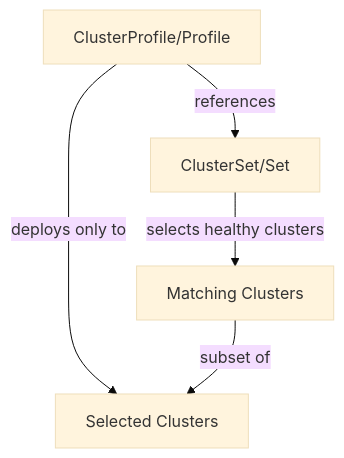
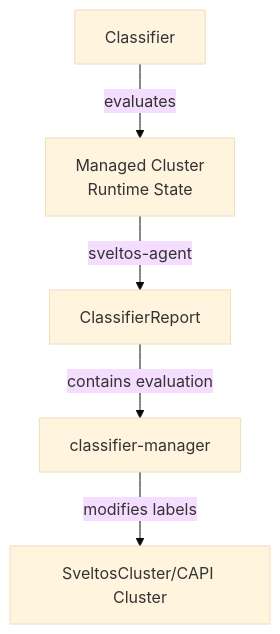
The fourth of 10 diagrams in docs/internals/cr-ownership.md (projectsveltos/sveltos), drawn with Mermaid (base theme) before and after one commit. The commit also changed other lines of this file, not shown here.

````diff
--- a/docs/internals/cr-ownership.md
+++ b/docs/internals/cr-ownership.md
@@ -306,7 +212,7 @@
 ```mermaid
 graph TB
-    A[ClusterSet/Set] -->|selects healthy clusters| B[Matching Clusters]
-    C[ClusterProfile/Profile] -->|references| A
-    C -->|deploys only to| D[Selected Clusters]
-    B -->|subset of| D
+    A[Classifier] -->|evaluates| B[Managed Cluster<br/>Runtime State]
+    B -->|sveltos-agent| C[ClassifierReport]
+    C -->|contains evaluation| D[classifier-manager]
+    D -->|modifies labels| E[SveltosCluster/CAPI Cluster]
 ```
````
